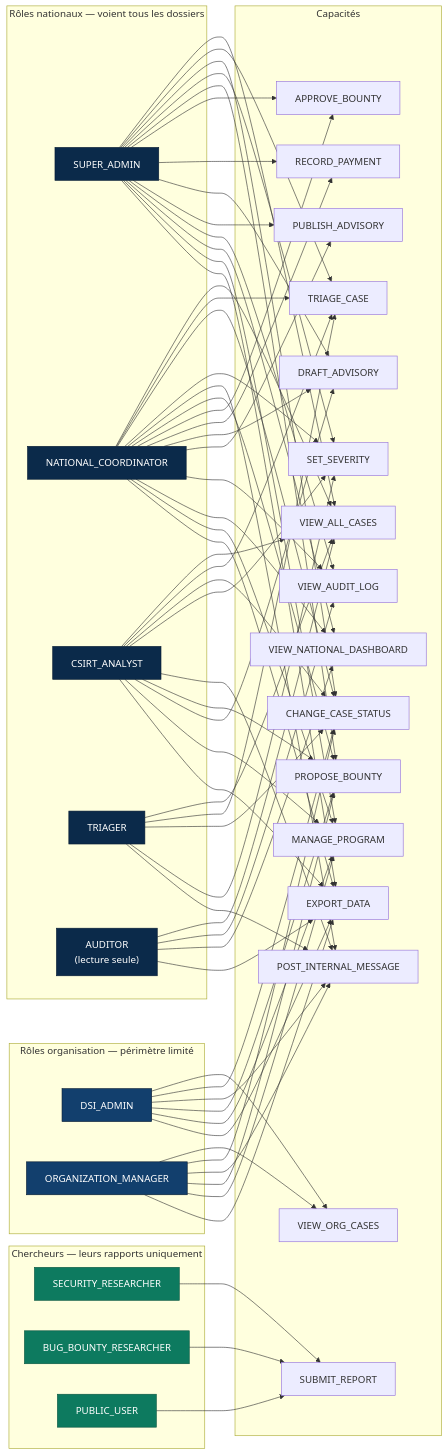
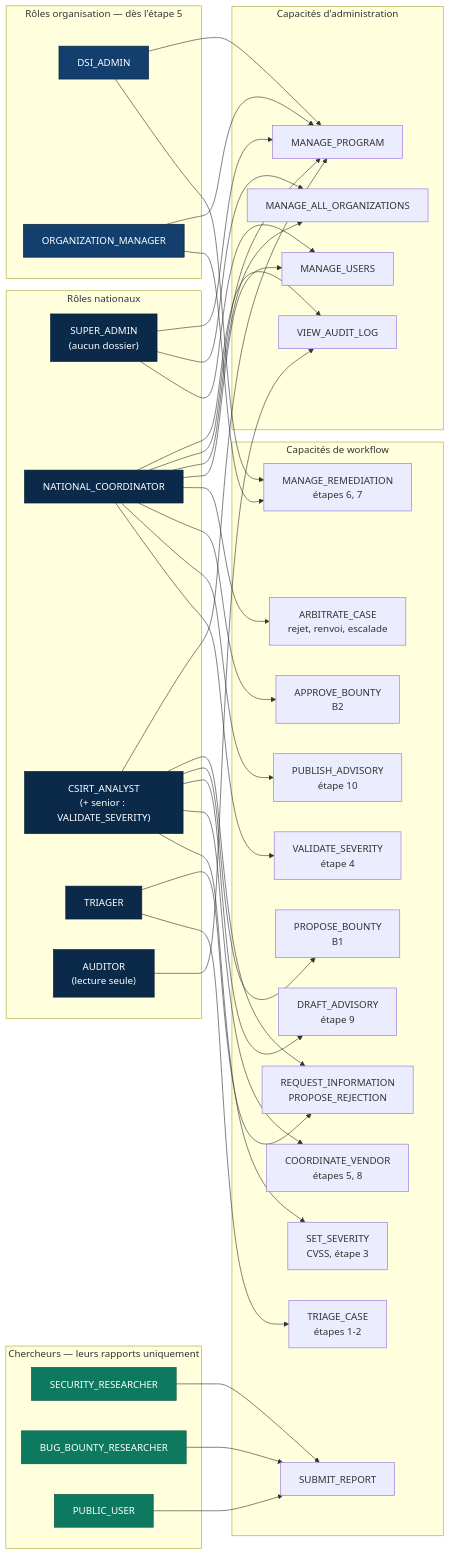
One commit to Faso-Shield/eVDP changed the first of 2 diagrams in docs/diagrams/rbac.md. Above: the diagram before and after it, drawn with Mermaid. The commit also changed other lines of this file and 84 other files, not shown here.

````diff
--- a/docs/diagrams/rbac.md
+++ b/docs/diagrams/rbac.md
@@ -3,58 +6,61 @@
 ```mermaid
 graph LR
-    subgraph national["Rôles nationaux — voient tous les dossiers"]
-        SA["SUPER_ADMIN"]
+    subgraph national["Rôles nationaux"]
+        SA["SUPER_ADMIN<br/>(aucun dossier)"]
         NC["NATIONAL_COORDINATOR"]
-        CA["CSIRT_ANALYST"]
+        CA["CSIRT_ANALYST<br/>(+ senior : VALIDATE_SEVERITY)"]
         TR["TRIAGER"]
         AU["AUDITOR<br/>(lecture seule)"]
     end
 
-    subgraph orga["Rôles organisation — périmètre limité"]
+    subgraph orga["Rôles organisation — dès l'étape 5"]
         DSI["DSI_ADMIN"]
         OM["ORGANIZATION_MANAGER"]
     end
 
     subgraph chercheurs["Chercheurs — leurs rapports uniquement"]
         SR["SECURITY_RESEARCHER"]
         BR["BUG_BOUNTY_RESEARCHER"]
         PU["PUBLIC_USER"]
     end
 
-    subgraph caps["Capacités"]
-        C1["VIEW_ALL_CASES"]
-        C2["VIEW_ORG_CASES"]
-        C3["TRIAGE_CASE"]
-        C4["CHANGE_CASE_STATUS"]
-        C5["SET_SEVERITY"]
-        C6["POST_INTERNAL_MESSAGE"]
-        C7["PROPOSE_BOUNTY"]
-        C8["APPROVE_BOUNTY"]
-        C9["RECORD_PAYMENT"]
-        C10["DRAFT_ADVISORY"]
-        C11["PUBLISH_ADVISORY"]
-        C12["VIEW_AUDIT_LOG"]
-        C13["VIEW_NATIONAL_DASHBOARD"]
-        C14["SUBMIT_REPORT"]
-        C15["MANAGE_PROGRAM"]
-        C16["EXPORT_DATA"]
+    subgraph caps["Capacités de workflow"]
+        C1["TRIAGE_CASE<br/>étapes 1-2"]
+        C2["SET_SEVERITY<br/>CVSS, étape 3"]
+        C3["VALIDATE_SEVERITY<br/>étape 4"]
+        C4["COORDINATE_VENDOR<br/>étapes 5, 8"]
+        C5["MANAGE_REMEDIATION<br/>étapes 6, 7"]
+        C6["DRAFT_ADVISORY<br/>étape 9"]
+        C7["PUBLISH_ADVISORY<br/>étape 10"]
+        C8["PROPOSE_BOUNTY<br/>B1"]
+        C9["APPROVE_BOUNTY<br/>B2"]
+        C10["REQUEST_INFORMATION<br/>PROPOSE_REJECTION"]
+        C11["ARBITRATE_CASE<br/>rejet, renvoi, escalade"]
+        C12["SUBMIT_REPORT"]
     end
 
-    SA --> C1 & C3 & C4 & C5 & C7 & C8 & C9 & C10 & C11 & C12 & C13 & C15 & C16
-    NC --> C1 & C3 & C4 & C5 & C6 & C7 & C8 & C9 & C10 & C11 & C12 & C13 & C15 & C16
-    CA --> C1 & C3 & C4 & C5 & C6 & C7 & C10 & C15 & C16
-    TR --> C1 & C3 & C4 & C5 & C6
-    AU --> C1 & C12 & C13 & C16
-    DSI --> C2 & C4 & C6 & C7 & C15 & C16
-    OM --> C2 & C4 & C6 & C7 & C15 & C16
-    SR --> C14
-    BR --> C14
-    PU --> C14
+    subgraph admin["Capacités d'administration"]
+        A1["MANAGE_USERS"]
+        A2["MANAGE_ALL_ORGANIZATIONS"]
+        A3["MANAGE_PROGRAM"]
+        A4["VIEW_AUDIT_LOG"]
+    end
+
+    SA --> A1 & A2 & A3
+    NC --> C3 & C7 & C9 & C11 & A1 & A2 & A3 & A4
+    CA --> C2 & C4 & C6 & C8 & C10 & A3
+    TR --> C1 & C10
+    AU --> A4
+    DSI --> C5 & A3
+    OM --> C5 & A3
+    SR --> C12
+    BR --> C12
+    PU --> C12
 
     classDef nat fill:#0b2a4a,stroke:#071c33,color:#fff
     classDef org fill:#123f6d,stroke:#071c33,color:#fff
     classDef res fill:#0d7a5f,stroke:#08553f,color:#fff
     class SA,NC,CA,TR,AU nat
     class DSI,OM org
     class SR,BR,PU res
 ```
````
